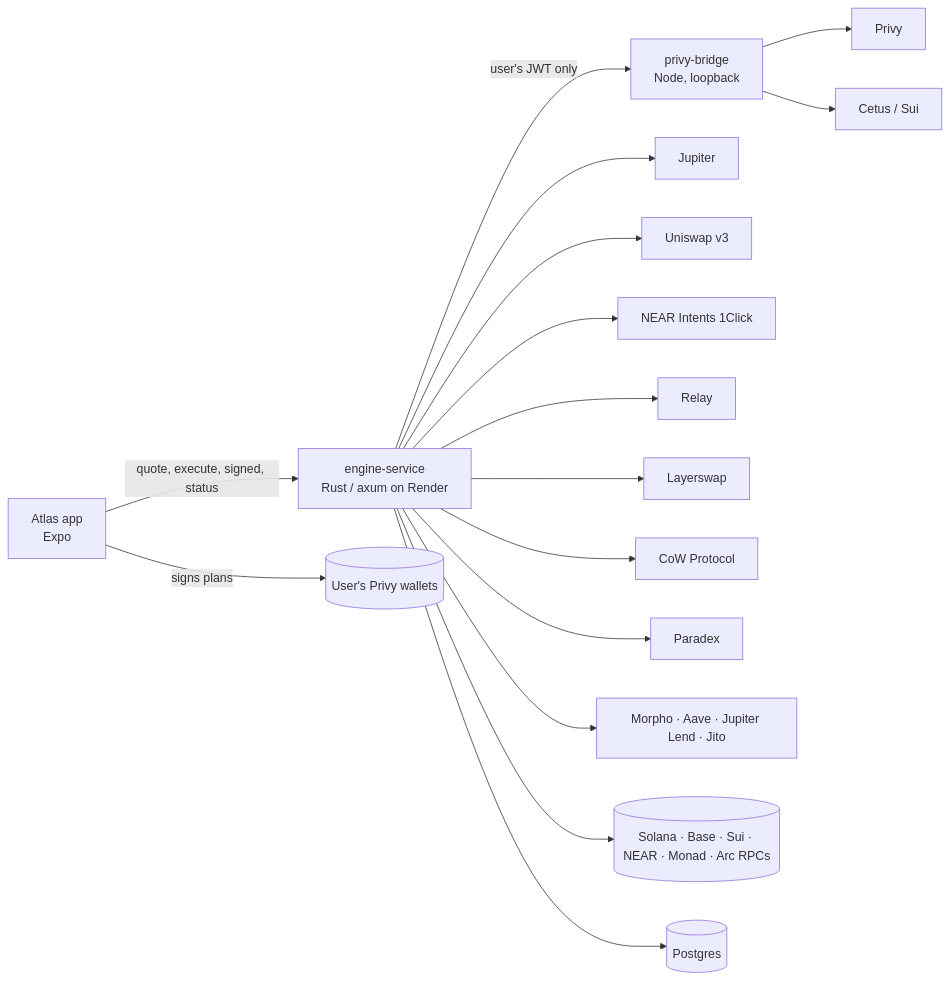
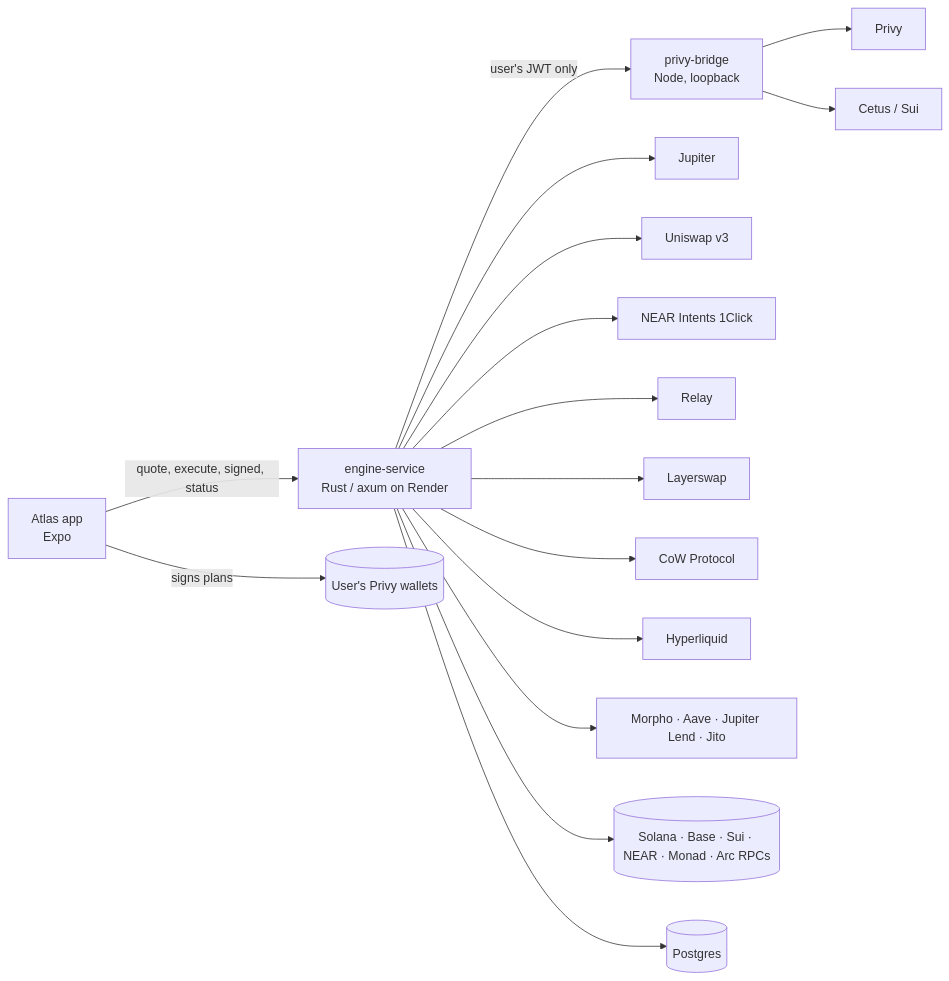
Before and after one commit to Iwetan77/Atlas-Engine: the diagram in README.md, drawn with Mermaid. The commit also changed other lines of this file and 5 other files, not shown here.

````diff
--- a/README.md
+++ b/README.md
@@ -103,13 +104,13 @@
 ```mermaid
 flowchart LR
   APP[Atlas app<br/>Expo] -->|quote, execute, signed, status| API[engine-service<br/>Rust / axum on Render]
   APP -->|signs plans| PRIVYW[(User's Privy wallets)]
   API -->|user's JWT only| BRIDGE[privy-bridge<br/>Node, loopback]
   BRIDGE --> PRIVY[Privy]
   API --> JUP[Jupiter] & UNI[Uniswap v3] & ONECLICK[NEAR Intents 1Click]
   API --> RELAY[Relay] & LS[Layerswap] & COW[CoW Protocol]
-  API --> PDX[Paradex] & EARN[Morpho · Aave · Jupiter Lend · Jito]
+  API --> HL[Hyperliquid] & EARN[Morpho · Aave · Jupiter Lend · Jito]
   BRIDGE --> CETUS[Cetus / Sui]
   API --> RPC[(Solana · Base · Sui · NEAR · Monad · Arc RPCs)]
   API --> PG[(Postgres)]
 ```
````
